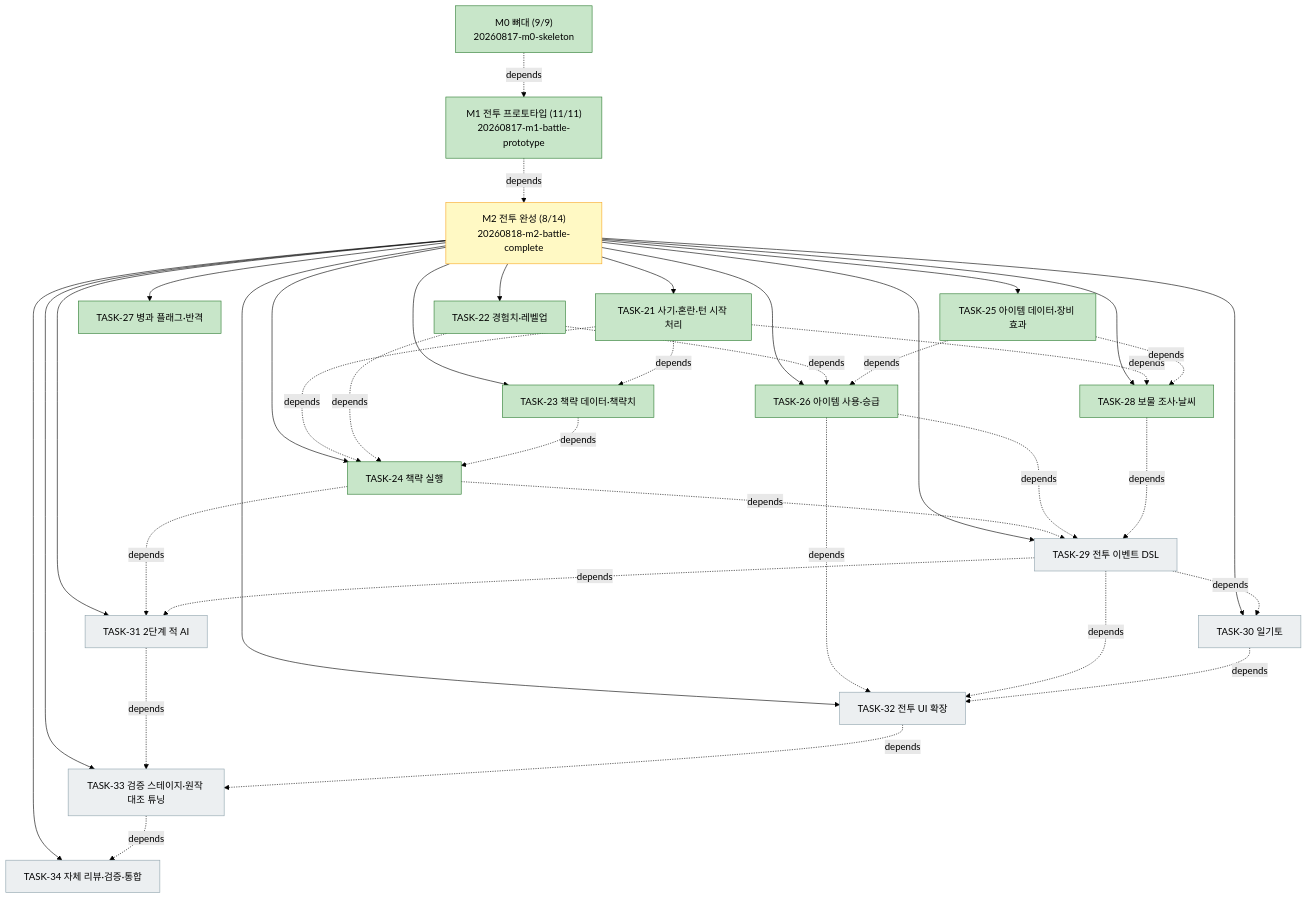
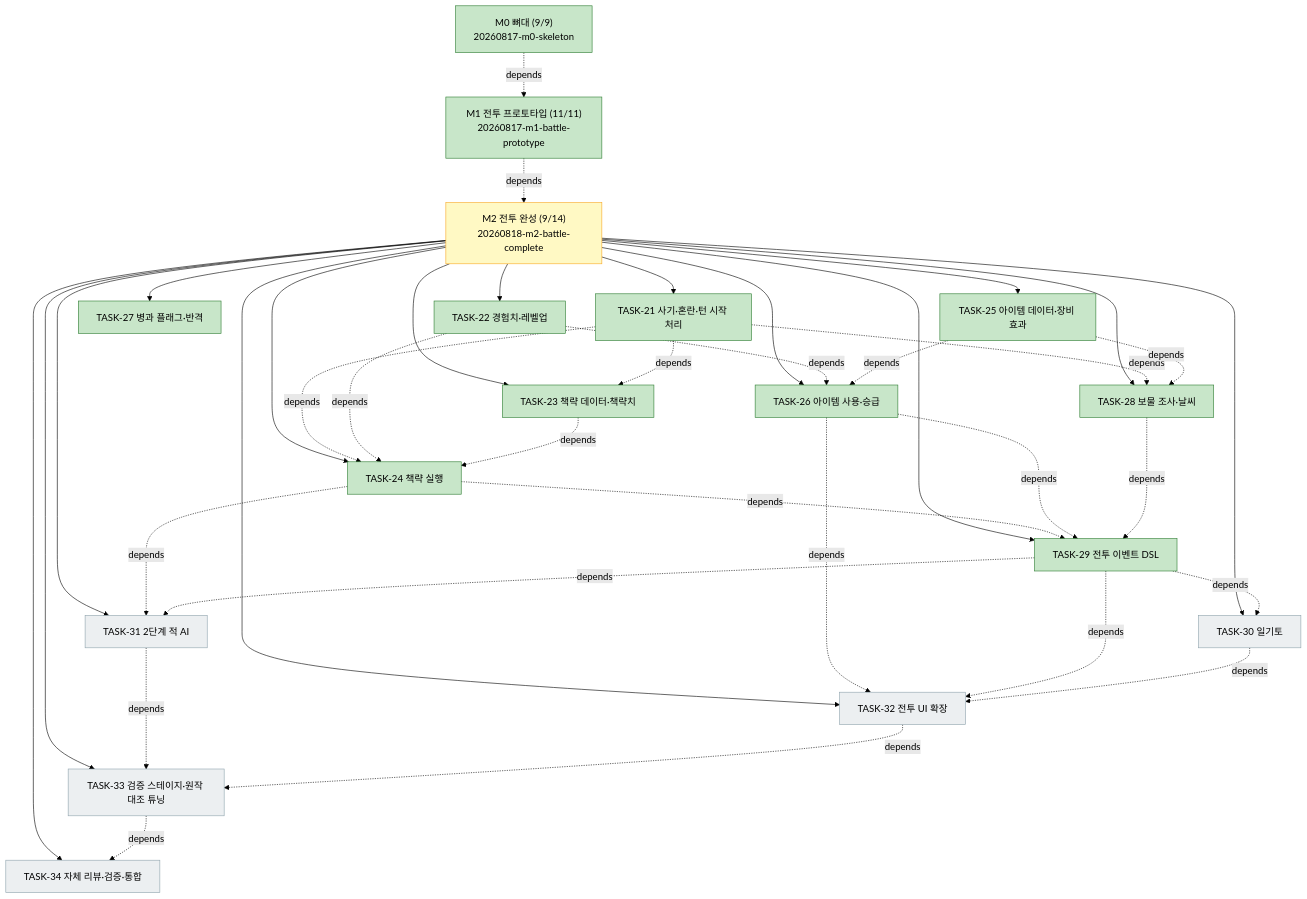
The diagram in docs/plan.md (bluesky5008/HERO), drawn with Mermaid (forest theme) before and after one commit. The commit also changed other lines of this file and 15 other files, not shown here.

First line of the commit message:
feat(m2): TASK-29 — 전투 이벤트 DSL 인터프리터 (VER-15 충족)

````diff
--- a/docs/plan.md
+++ b/docs/plan.md
@@ -77,46 +77,46 @@
 ```mermaid
 flowchart TD
     M0["M0 뼈대 (9/9)<br/>20260817-m0-skeleton"]:::done
     M1["M1 전투 프로토타입 (11/11)<br/>20260817-m1-battle-prototype"]:::done
-    M2["M2 전투 완성 (8/14)<br/>20260818-m2-battle-complete"]:::active
+    M2["M2 전투 완성 (9/14)<br/>20260818-m2-battle-complete"]:::active
     M0 -. depends .-> M1
     M1 -. depends .-> M2
     M2 --> T21["TASK-21 사기·혼란·턴 시작 처리"]:::done
     M2 --> T22["TASK-22 경험치·레벨업"]:::done
     M2 --> T23["TASK-23 책략 데이터·책략치"]:::done
     M2 --> T24["TASK-24 책략 실행"]:::done
     M2 --> T25["TASK-25 아이템 데이터·장비 효과"]:::done
     M2 --> T26["TASK-26 아이템 사용·승급"]:::done
     M2 --> T27["TASK-27 병과 플래그·반격"]:::done
     M2 --> T28["TASK-28 보물 조사·날씨"]:::done
-    M2 --> T29["TASK-29 전투 이벤트 DSL"]:::todo
+    M2 --> T29["TASK-29 전투 이벤트 DSL"]:::done
     M2 --> T30["TASK-30 일기토"]:::todo
     M2 --> T31["TASK-31 2단계 적 AI"]:::todo
     M2 --> T32["TASK-32 전투 UI 확장"]:::todo
     M2 --> T33["TASK-33 검증 스테이지·원작 대조 튜닝"]:::todo
     M2 --> T34["TASK-34 자체 리뷰·검증·통합"]:::todo
     T21 -. depends .-> T23
     T21 -. depends .-> T24
     T22 -. depends .-> T24
     T23 -. depends .-> T24
     T22 -. depends .-> T26
     T25 -. depends .-> T26
     T21 -. depends .-> T28
     T25 -. depends .-> T28
     T24 -. depends .-> T29
     T26 -. depends .-> T29
     T28 -. depends .-> T29
     T29 -. depends .-> T30
     T24 -. depends .-> T31
     T29 -. depends .-> T31
     T26 -. depends .-> T32
     T29 -. depends .-> T32
     T30 -. depends .-> T32
     T31 -. depends .-> T33
     T32 -. depends .-> T33
     T33 -. depends .-> T34
     classDef done fill:#c8e6c9,stroke:#2e7d32
     classDef active fill:#fff9c4,stroke:#f9a825
     classDef todo fill:#eceff1,stroke:#90a4ae
     classDef gate fill:#ffcdd2,stroke:#c62828
 ```
````
